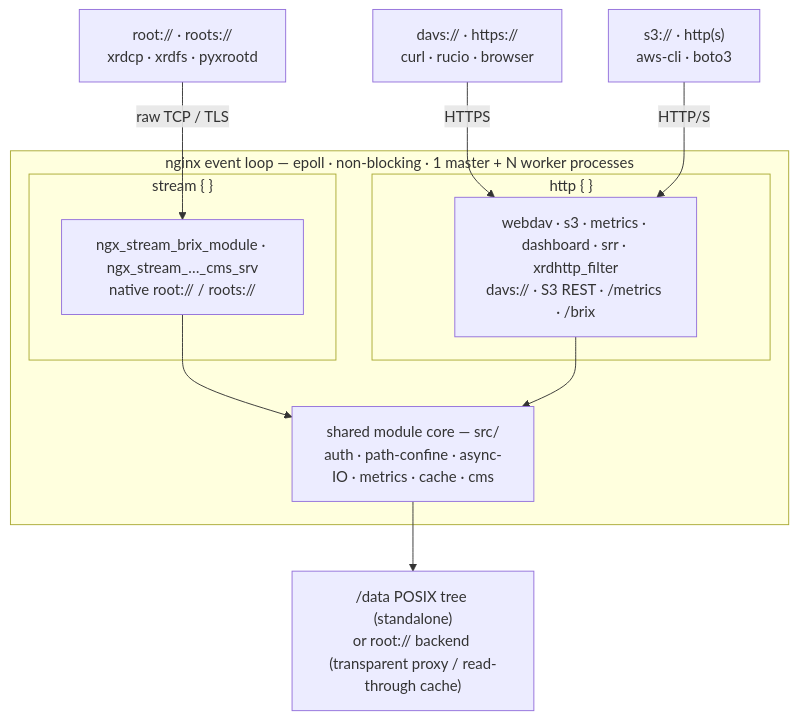
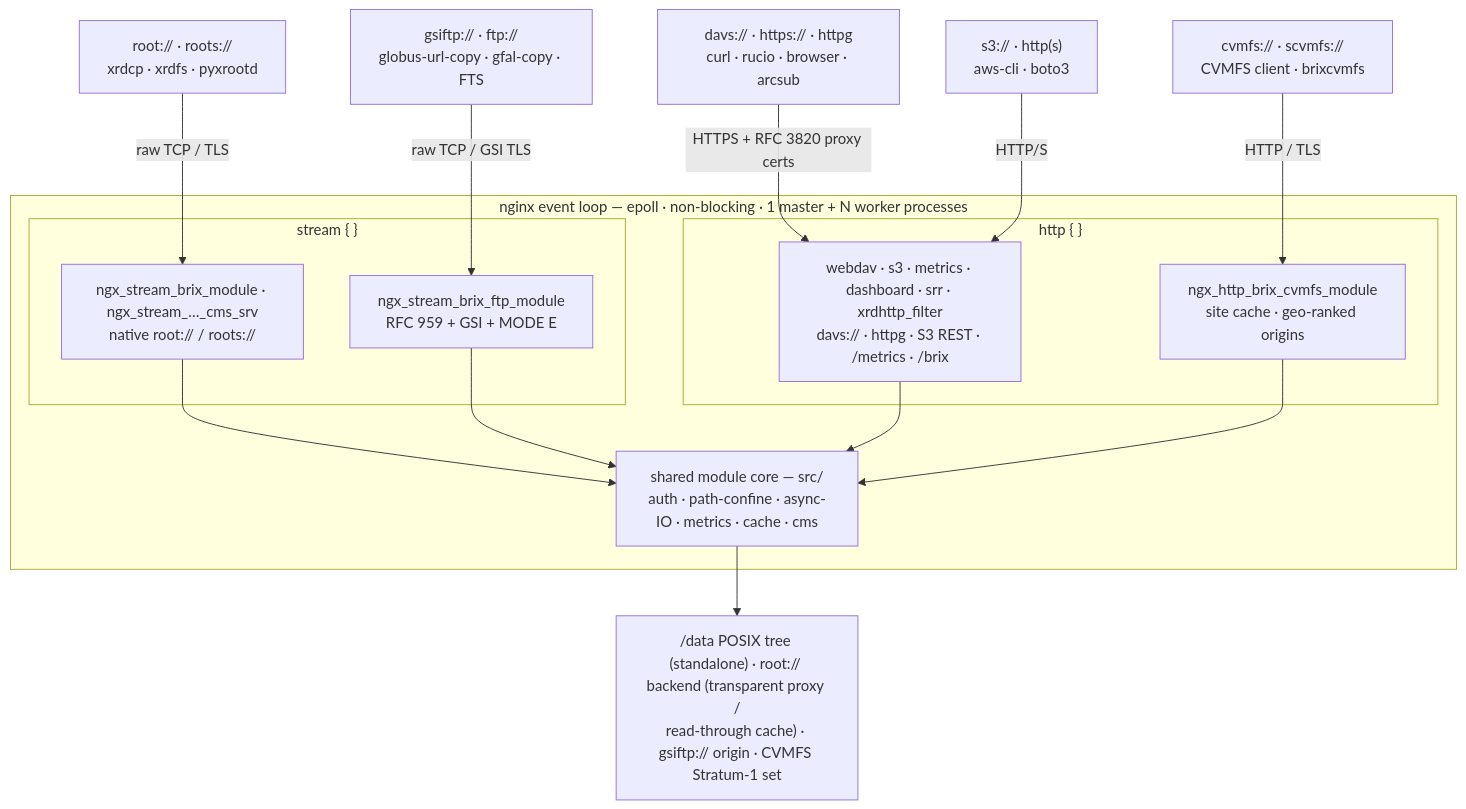
The second of 7 diagrams in README.md (rob-c/brix-cache), drawn with Mermaid before and after one commit. The commit also changed other lines of this file and 53 other files, not shown here.

````diff
--- a/README.md
+++ b/README.md
@@ -85,23 +99,31 @@
 ```mermaid
 flowchart TD
     rootc["root:// · roots://<br/>xrdcp · xrdfs · pyxrootd"]
-    davc["davs:// · https://<br/>curl · rucio · browser"]
+    gftpc["gsiftp:// · ftp://<br/>globus-url-copy · gfal-copy · FTS"]
+    davc["davs:// · https:// · httpg<br/>curl · rucio · browser · arcsub"]
     s3c["s3:// · http(s)<br/>aws-cli · boto3"]
+    cvmc["cvmfs:// · scvmfs://<br/>CVMFS client · brixcvmfs"]
 
     subgraph loop ["nginx event loop — epoll · non-blocking · 1 master + N worker processes"]
         subgraph streamb ["stream { }"]
             smod["ngx_stream_brix_module · ngx_stream_…_cms_srv<br/>native root:// / roots://"]
+            gmod["ngx_stream_brix_ftp_module<br/>RFC 959 + GSI + MODE E"]
         end
         subgraph httpb ["http { }"]
-            hmod["webdav · s3 · metrics · dashboard · srr · xrdhttp_filter<br/>davs:// · S3 REST · /metrics · /brix"]
+            hmod["webdav · s3 · metrics · dashboard · srr · xrdhttp_filter<br/>davs:// · httpg · S3 REST · /metrics · /brix"]
+            cmod["ngx_http_brix_cvmfs_module<br/>site cache · geo-ranked origins"]
         end
         core["shared module core — src/<br/>auth · path-confine · async-IO · metrics · cache · cms"]
         smod --> core
+        gmod --> core
         hmod --> core
+        cmod --> core
     end
 
     rootc -- "raw TCP / TLS" --> smod
-    davc -- "HTTPS" --> hmod
+    gftpc -- "raw TCP / GSI TLS" --> gmod
+    davc -- "HTTPS + RFC 3820 proxy certs" --> hmod
     s3c -- "HTTP/S" --> hmod
-    core --> store["/data POSIX tree (standalone)<br/>or root:// backend (transparent proxy / read-through cache)"]
+    cvmc -- "HTTP / TLS" --> cmod
+    core --> store["/data POSIX tree (standalone) · root:// backend (transparent proxy /<br/>read-through cache) · gsiftp:// origin · CVMFS Stratum-1 set"]
 ```
````
